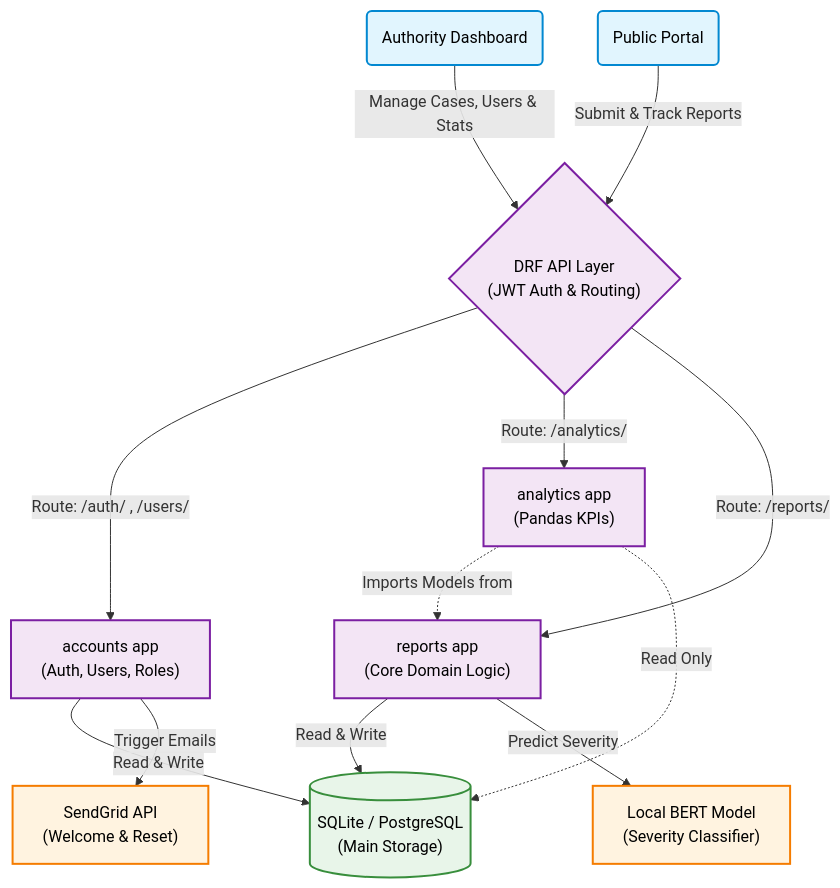
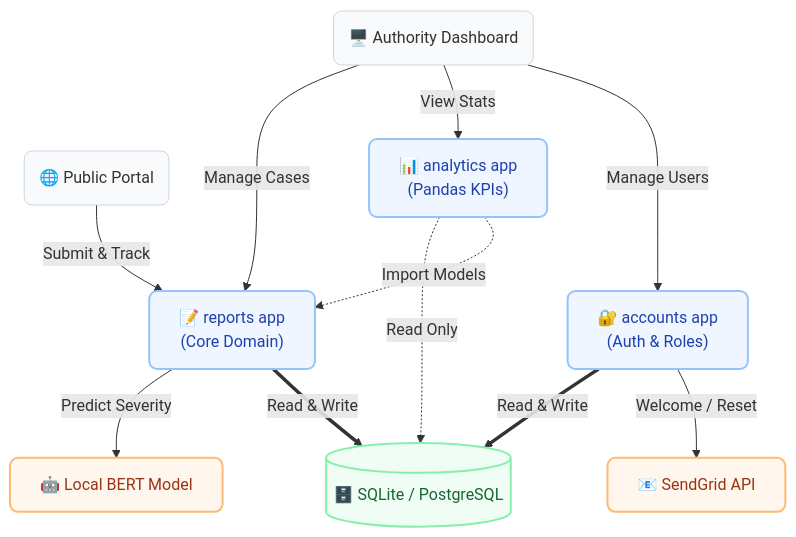
One commit to salmakhalill/Python-Sec-Sandbox changed the first of 2 diagrams in test.md. Above: the diagram before and after it, drawn with Mermaid.

````diff
--- a/test.md
+++ b/test.md
@@ -22,46 +22,41 @@
 ```mermaid
-graph TD
-    %% Custom Styles for a Premium Look
-    classDef frontend fill:#e1f5fe,stroke:#0288d1,stroke-width:2px,color:#000;
-    classDef backend fill:#f3e5f5,stroke:#7b1fa2,stroke-width:2px,color:#000;
-    classDef storage fill:#e8f5e9,stroke:#388e3c,stroke-width:2px,color:#000;
-    classDef service fill:#fff3e0,stroke:#f57c00,stroke-width:2px,color:#000;
+flowchart TD
+    %% Modern Premium Styling
+    classDef frontend fill:#f8fafc,stroke:#cbd5e1,stroke-width:1px,color:#333,rx:8px,ry:8px;
+    classDef backend fill:#eff6ff,stroke:#93c5fd,stroke-width:2px,color:#1e40af,rx:8px,ry:8px;
+    classDef storage fill:#f0fdf4,stroke:#86efac,stroke-width:2px,color:#166534,rx:8px,ry:8px;
+    classDef service fill:#fff7ed,stroke:#fdba74,stroke-width:2px,color:#9a3412,rx:8px,ry:8px;
 
-    %% Layer 1: Frontends (Top)
-    Dashboard("Authority Dashboard"):::frontend
-    Portal("Public Portal"):::frontend
+    %% Client Layer (Top)
+    Dashboard("🖥️ Authority Dashboard"):::frontend
+    Portal("🌐 Public Portal"):::frontend
 
-    %% Layer 2: API Gateway (Upper Middle)
-    API{"DRF API Layer<br/>(JWT Auth & Routing)"}:::backend
+    %% Django Apps Layer (Middle)
+    Accounts["🔐 accounts app<br/>(Auth & Roles)"]:::backend
+    Analytics["📊 analytics app<br/>(Pandas KPIs)"]:::backend
+    Reports["📝 reports app<br/>(Core Domain)"]:::backend
 
-    %% Layer 3: Core Apps (Lower Middle)
-    Accounts["accounts app<br/>(Auth, Users, Roles)"]:::backend
-    Analytics["analytics app<br/>(Pandas KPIs)"]:::backend
-    Reports["reports app<br/>(Core Domain Logic)"]:::backend
+    %% Infrastructure Layer (Bottom)
+    SG["📧 SendGrid API"]:::service
+    DB[("🗄️ SQLite / PostgreSQL")]:::storage
+    AI["🤖 Local BERT Model"]:::service
 
-    %% Layer 4: Infrastructure (Bottom)
-    SG["SendGrid API<br/>(Welcome & Reset)"]:::service
-    DB[("SQLite / PostgreSQL<br/>(Main Storage)")]:::storage
-    AI["Local BERT Model<br/>(Severity Classifier)"]:::service
+    %% Connections: Frontend to Backend (No overlapping)
+    Dashboard -->|Manage Users| Accounts
+    Dashboard -->|View Stats| Analytics
+    Dashboard -->|Manage Cases| Reports
+    
+    Portal -->|Submit & Track| Reports
 
-    %% Flow 1: Frontends to API
-    Dashboard -->|Manage Cases, Users & Stats| API
-    Portal -->|Submit & Track Reports| API
+    %% Internal Dependency
+    Analytics -.->|Import Models| Reports
 
-    %% Flow 2: API to Apps
-    API -->|Route: /auth/ , /users/| Accounts
-    API -->|Route: /analytics/| Analytics
-    API -->|Route: /reports/| Reports
-
-    %% Flow 3: Inter-App Dependencies
-    Analytics -.->|Imports Models from| Reports
-
-    %% Flow 4: Apps to Storage
-    Accounts -->|Read & Write| DB
+    %% Connections: Backend to Infra (No overlapping)
+    Accounts -->|Welcome / Reset| SG
+    Accounts ==>|Read & Write| DB
+    
     Analytics -.->|Read Only| DB
-    Reports -->|Read & Write| DB
-
-    %% Flow 5: Apps to External Services
-    Accounts -->|Trigger Emails| SG
+    
+    Reports ==>|Read & Write| DB
     Reports -->|Predict Severity| AI
 ```
````
